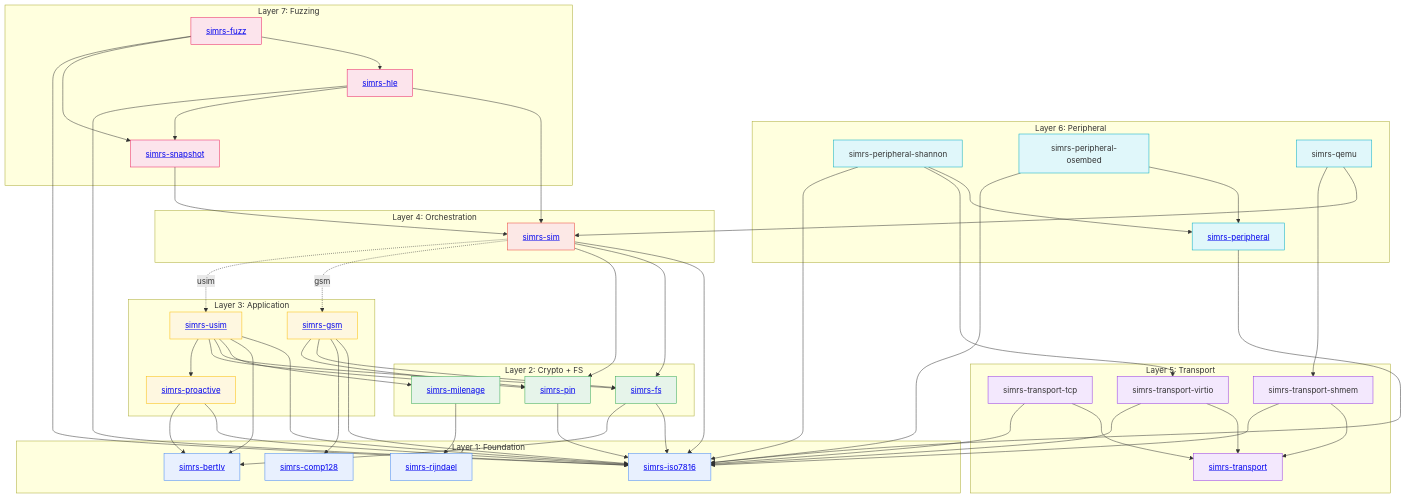
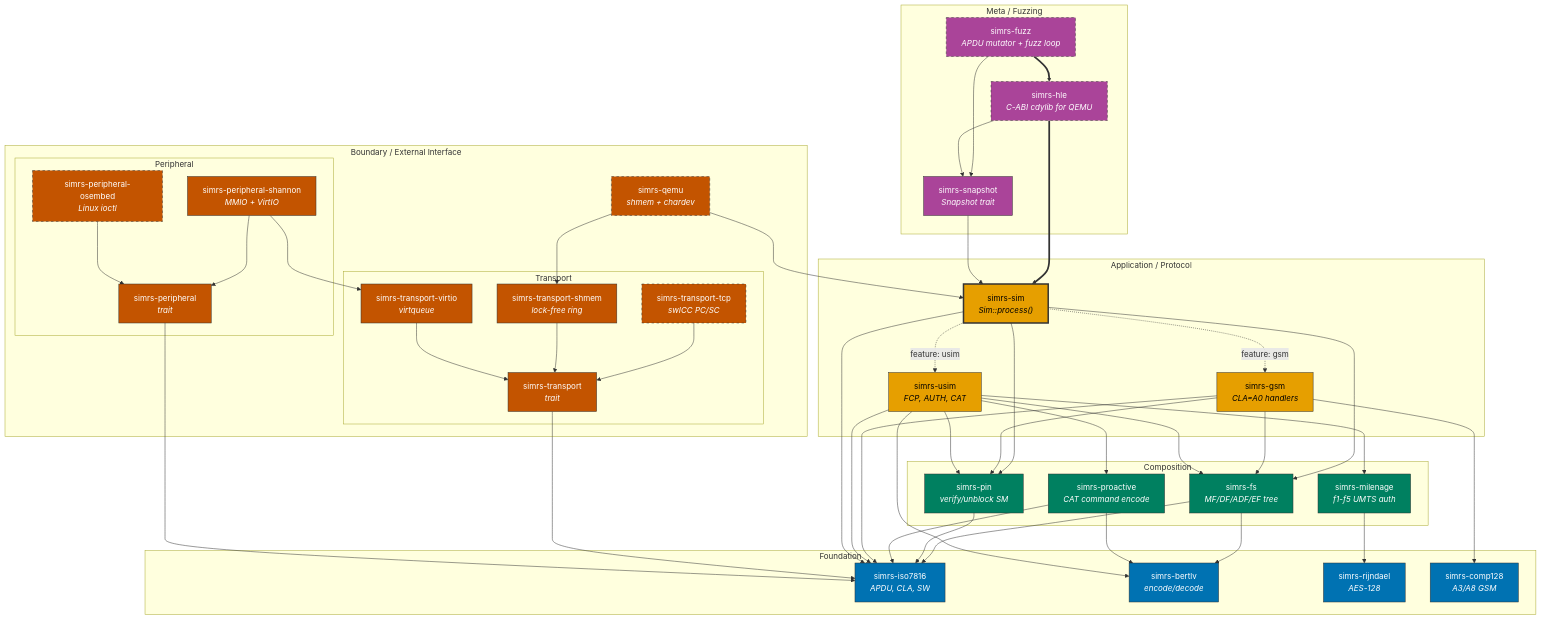
Before and after one commit to jaesharp/simrs: the diagram in INDEX.md, drawn with Mermaid. The commit also changed other lines of this file and 3 other files, not shown here.

First line of the commit message:
docs: add Okabe-Ito diagram style guide, restyle all Mermaid diagrams

````diff
--- a/INDEX.md
+++ b/INDEX.md
@@ -88,81 +10,106 @@
 ```mermaid
-graph TD
-    subgraph L1["Layer 1: Foundation"]
-        ISO["<a href='docs/architecture.md#simrs-iso7816'>simrs-iso7816</a>"]
-        BER["<a href='docs/architecture.md#simrs-bertlv'>simrs-bertlv</a>"]
-        RIJ["<a href='docs/architecture.md#simrs-rijndael'>simrs-rijndael</a>"]
-        C128["<a href='docs/architecture.md#simrs-comp128'>simrs-comp128</a>"]
+graph TB
+    subgraph meta_layer ["Meta / Fuzzing"]
+        FUZZ["simrs-fuzz<br/><i>APDU mutator + fuzz loop</i>"]
+        HLE["simrs-hle<br/><i>C-ABI cdylib for QEMU</i>"]
+        SNAP["simrs-snapshot<br/><i>Snapshot trait</i>"]
     end
 
-    subgraph L2["Layer 2: Crypto + FS"]
-        MIL["<a href='docs/architecture.md#simrs-milenage'>simrs-milenage</a>"]
-        FS["<a href='docs/architecture.md#simrs-fs'>simrs-fs</a>"]
-        PIN["<a href='docs/architecture.md#simrs-pin'>simrs-pin</a>"]
+    subgraph boundary_layer ["Boundary / External Interface"]
+        subgraph transport_group ["Transport"]
+            TR["simrs-transport<br/><i>trait</i>"]
+            TCP["simrs-transport-tcp<br/><i>swICC PC/SC</i>"]
+            SHM["simrs-transport-shmem<br/><i>lock-free ring</i>"]
+            VIO["simrs-transport-virtio<br/><i>virtqueue</i>"]
+        end
+        subgraph peripheral_group ["Peripheral"]
+            PERI["simrs-peripheral<br/><i>trait</i>"]
+            SHAN["simrs-peripheral-shannon<br/><i>MMIO + VirtIO</i>"]
+            OSEM["simrs-peripheral-osembed<br/><i>Linux ioctl</i>"]
+        end
+        QEMU["simrs-qemu<br/><i>shmem + chardev</i>"]
     end
 
-    subgraph L3["Layer 3: Application"]
-        PRO["<a href='docs/architecture.md#simrs-proactive'>simrs-proactive</a>"]
-        GSM["<a href='docs/architecture.md#simrs-gsm'>simrs-gsm</a>"]
-        USIM["<a href='docs/architecture.md#simrs-usim'>simrs-usim</a>"]
+    subgraph app_layer ["Application / Protocol"]
+        SIM["simrs-sim<br/><i>Sim::process()</i>"]
+        GSM["simrs-gsm<br/><i>CLA=A0 handlers</i>"]
+        USIM["simrs-usim<br/><i>FCP, AUTH, CAT</i>"]
     end
 
-    subgraph L4["Layer 4: Orchestration"]
-        SIM["<a href='docs/architecture.md#simrs-sim'>simrs-sim</a>"]
+    subgraph comp_layer ["Composition"]
+        MIL["simrs-milenage<br/><i>f1-f5 UMTS auth</i>"]
+        FS["simrs-fs<br/><i>MF/DF/ADF/EF tree</i>"]
+        PIN["simrs-pin<br/><i>verify/unblock SM</i>"]
+        PRO["simrs-proactive<br/><i>CAT command encode</i>"]
     end
 
-    subgraph L5["Layer 5: Transport"]
-        TR["<a href='docs/architecture.md#simrs-transport'>simrs-transport</a>"]
-        TCP["simrs-transport-tcp"]
-        SHM["simrs-transport-shmem"]
-        VIO["simrs-transport-virtio"]
+    subgraph found_layer ["Foundation"]
+        ISO["simrs-iso7816<br/><i>APDU, CLA, SW</i>"]
+        BER["simrs-bertlv<br/><i>encode/decode</i>"]
+        RIJ["simrs-rijndael<br/><i>AES-128</i>"]
+        C128["simrs-comp128<br/><i>A3/A8 GSM</i>"]
     end
 
-    subgraph L6["Layer 6: Peripheral"]
-        PERI["<a href='docs/architecture.md#simrs-peripheral'>simrs-peripheral</a>"]
-        SHAN["simrs-peripheral-shannon"]
-        OSEM["simrs-peripheral-osembed"]
-        QEMU["simrs-qemu"]
-    end
+    %% Meta -> Application
+    FUZZ ==> HLE
+    FUZZ --> SNAP
+    HLE ==> SIM
+    HLE --> SNAP
+    SNAP --> SIM
 
-    subgraph L7["Layer 7: Fuzzing"]
-        SNAP["<a href='docs/architecture.md#simrs-snapshot'>simrs-snapshot</a>"]
-        HLE["<a href='docs/architecture.md#simrs-hle'>simrs-hle</a>"]
-        FUZZ["<a href='docs/architecture.md#simrs-fuzz'>simrs-fuzz</a>"]
-    end
+    %% Boundary -> Application
+    QEMU --> SIM
+    QEMU --> SHM
+    TCP --> TR
+    SHM --> TR
+    VIO --> TR
+    SHAN --> PERI
+    SHAN --> VIO
+    OSEM --> PERI
 
+    %% Application -> Composition
+    SIM -.->|"feature: gsm"| GSM
+    SIM -.->|"feature: usim"| USIM
+    SIM --> FS
+    SIM --> PIN
+    GSM --> C128
+    GSM --> FS
+    GSM --> PIN
+    USIM --> MIL
+    USIM --> FS
+    USIM --> PIN
+    USIM --> PRO
+
+    %% Composition -> Foundation
     MIL --> RIJ
-    FS --> ISO & BER
+    FS --> ISO
+    FS --> BER
     PIN --> ISO
-    PRO --> ISO & BER
-    GSM --> ISO & C128 & FS & PIN
-    USIM --> ISO & BER & MIL & FS & PIN & PRO
-    SIM --> ISO & FS & PIN
-    SIM -.->|gsm| GSM
-    SIM -.->|usim| USIM
-    TCP --> TR & ISO
-    SHM --> TR & ISO
-    VIO --> TR & ISO
+    PRO --> ISO
+    PRO --> BER
+    GSM --> ISO
+    USIM --> ISO
+    USIM --> BER
+    SIM --> ISO
+    TR --> ISO
     PERI --> ISO
-    SHAN --> PERI & VIO & ISO
-    OSEM --> PERI & ISO
-    QEMU --> SIM & SHM
-    SNAP --> SIM
-    HLE --> SIM & SNAP & ISO
-    FUZZ --> HLE & SNAP & ISO
 
-    classDef foundation fill:#e8f0fe,stroke:#4285f4
-    classDef crypto fill:#e6f4ea,stroke:#34a853
-    classDef app fill:#fef7e0,stroke:#fbbc04
-    classDef orch fill:#fce8e6,stroke:#ea4335
-    classDef transport fill:#f3e8fd,stroke:#9334e6
-    classDef periph fill:#e0f7fa,stroke:#00acc1
-    classDef fuzz fill:#fce4ec,stroke:#e91e63
+    %% Styles per DIAGRAM_STYLE_GUIDE.md
+    classDef foundation fill:#0072B2,stroke:#333,color:#fff
+    classDef composition fill:#008060,stroke:#333,color:#fff
+    classDef application fill:#E69F00,stroke:#333,color:#000
+    classDef boundary fill:#C35400,stroke:#333,color:#fff
+    classDef boundary_std fill:#C35400,stroke:#333,color:#fff,stroke-dasharray:5 5
+    classDef meta fill:#AA4499,stroke:#333,color:#fff
+    classDef meta_std fill:#AA4499,stroke:#333,color:#fff,stroke-dasharray:5 5
+    classDef entry fill:#E69F00,stroke:#333,color:#000,stroke-width:3px
 
     class ISO,BER,RIJ,C128 foundation
-    class MIL,FS,PIN crypto
-    class PRO,GSM,USIM app
-    class SIM orch
-    class TR,TCP,SHM,VIO transport
-    class PERI,SHAN,OSEM,QEMU periph
-    class SNAP,HLE,FUZZ fuzz
+    class MIL,FS,PIN,PRO composition
+    class GSM,USIM application
+    class SIM entry
+    class TR,SHM,VIO,PERI,SHAN boundary
+    class TCP,OSEM,QEMU boundary_std
+    class SNAP meta
+    class HLE,FUZZ meta_std
 ```
````
